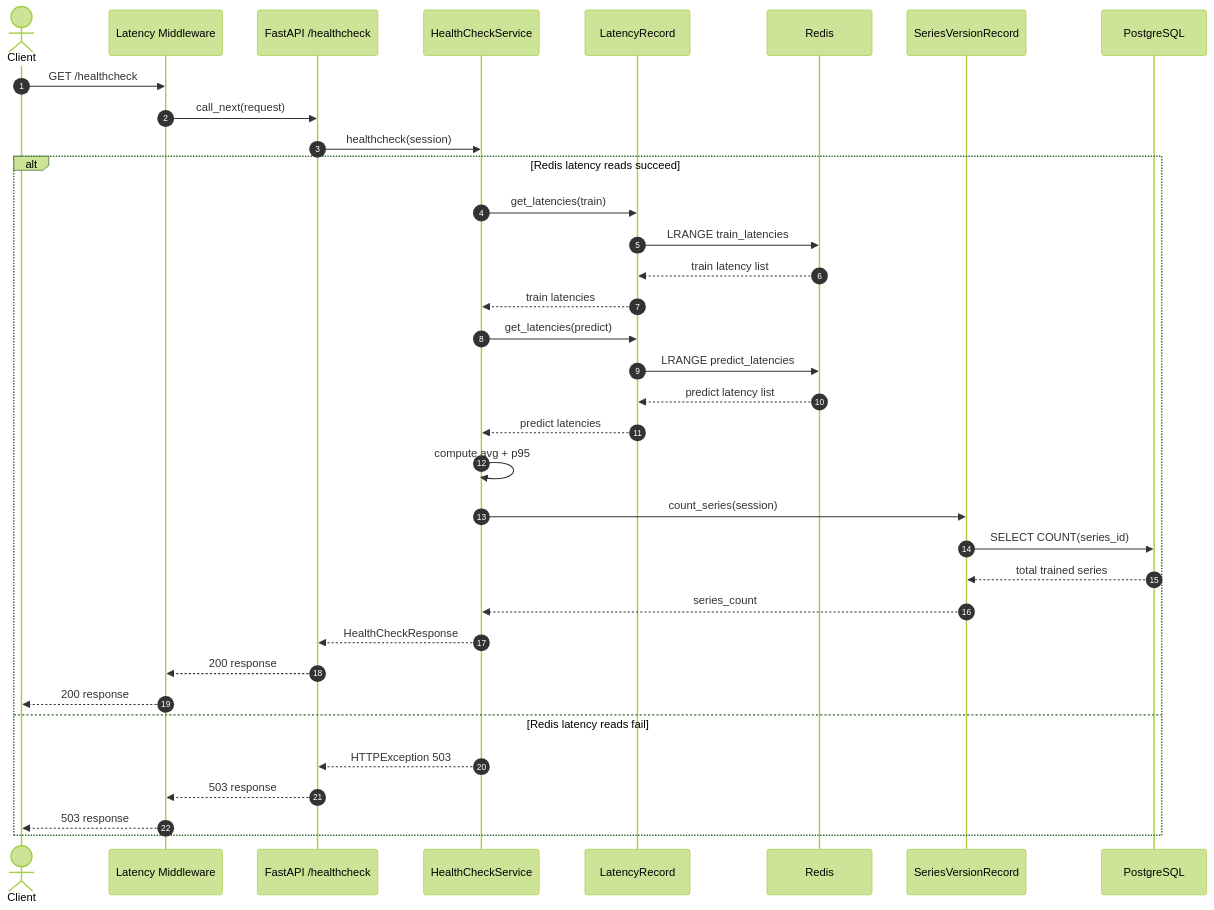
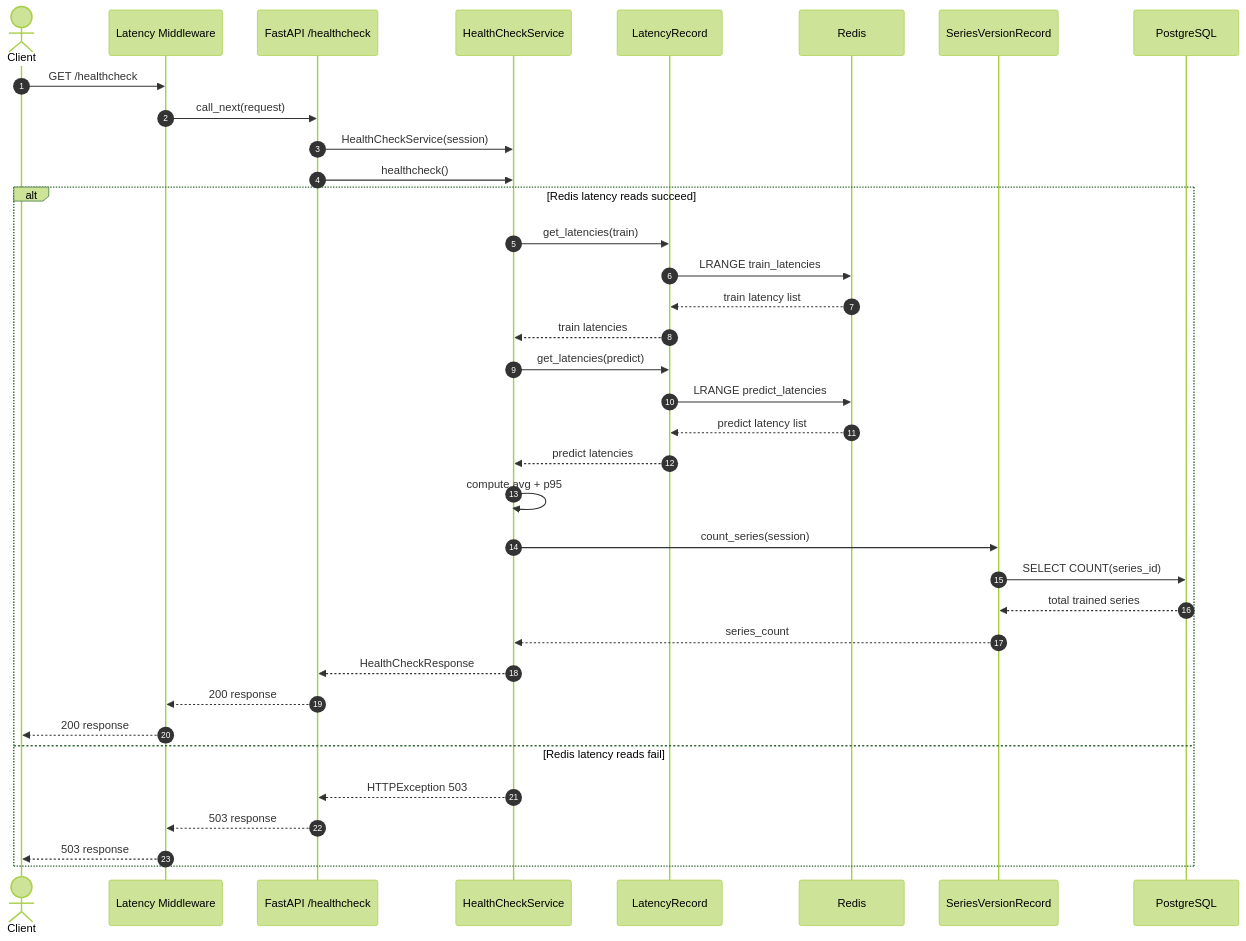
One commit to lucasmazzetto/time_series_anomaly_detection_pipelineine changed the third of 4 diagrams in docs/architecture.md. Above: the diagram before and after it, drawn with Mermaid (forest theme). The commit also changed other lines of this file and 2 other files, not shown here.

Commit message:
docs: align architecture and endpoint docs with current runtime behavior

````diff
--- a/docs/architecture.md
+++ b/docs/architecture.md
@@ -234,38 +234,39 @@
 ```mermaid
 sequenceDiagram
     autonumber
     actor Client
     participant MW as Latency Middleware
     participant Route as FastAPI /healthcheck
     participant Service as HealthCheckService
     participant Cache as LatencyRecord
     participant Redis as Redis
     participant Version as SeriesVersionRecord
     participant DB as PostgreSQL
 
     Client->>MW: GET /healthcheck
     MW->>Route: call_next(request)
-    Route->>Service: healthcheck(session)
+    Route->>Service: HealthCheckService(session)
+    Route->>Service: healthcheck()
     alt Redis latency reads succeed
         Service->>Cache: get_latencies(train)
         Cache->>Redis: LRANGE train_latencies
         Redis-->>Cache: train latency list
         Cache-->>Service: train latencies
         Service->>Cache: get_latencies(predict)
         Cache->>Redis: LRANGE predict_latencies
         Redis-->>Cache: predict latency list
         Cache-->>Service: predict latencies
         Service->>Service: compute avg + p95
         Service->>Version: count_series(session)
         Version->>DB: SELECT COUNT(series_id)
         DB-->>Version: total trained series
         Version-->>Service: series_count
         Service-->>Route: HealthCheckResponse
         Route-->>MW: 200 response
         MW-->>Client: 200 response
     else Redis latency reads fail
         Service-->>Route: HTTPException 503
         Route-->>MW: 503 response
         MW-->>Client: 503 response
     end
 ```
````
